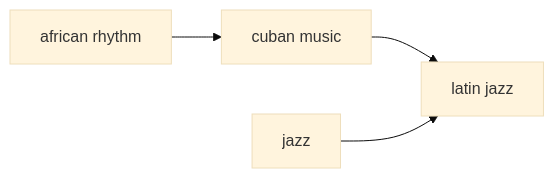
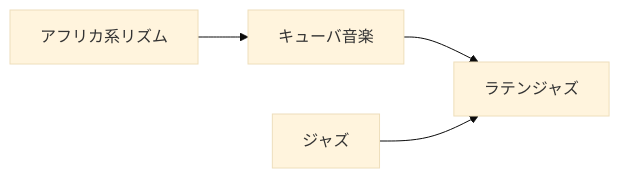
Before and after one commit to monumental-movement/monumental-movement.github.io: the first of 7 diagrams in en/_posts/2026-06-25-column-mongo-santamaria.md, drawn with Mermaid (base theme). The commit also changed other lines of this file and 2196 other files, not shown here.

```diff
--- a/en/_posts/2026-06-25-column-mongo-santamaria.md
+++ b/en/_posts/2026-06-25-column-mongo-santamaria.md
@@ -257,12 +256,12 @@
 <div class="mermaid">
 graph LR
-A[african rhythm]
-B[cuban music]
-C[jazz]
-D[latin jazz]
+A[アフリカ系リズム]
+B[キューバ音楽]
+C[ジャズ]
+D[ラテンジャズ]
 
 A --> B
 B --> D
 C --> D
 
 </div>
```
